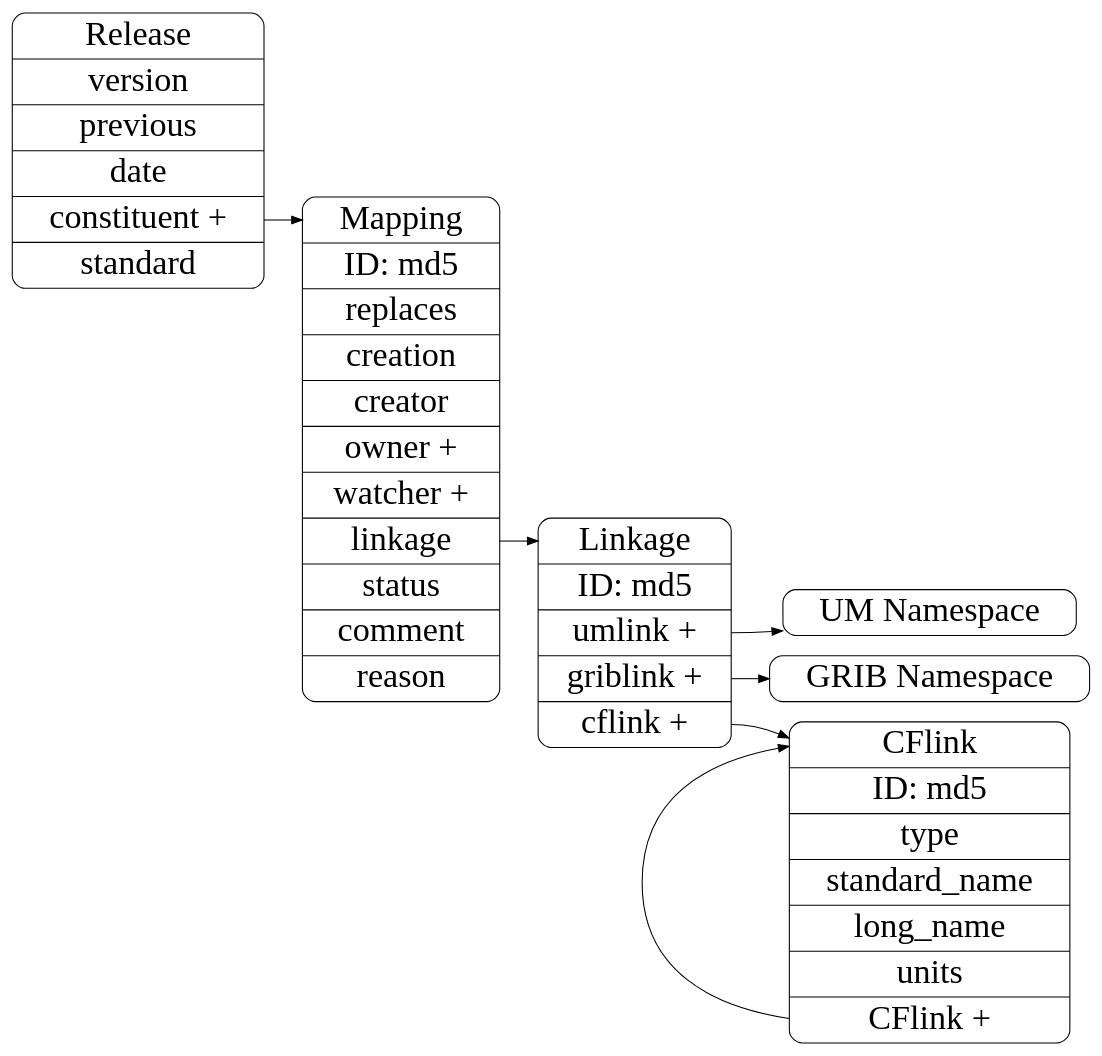
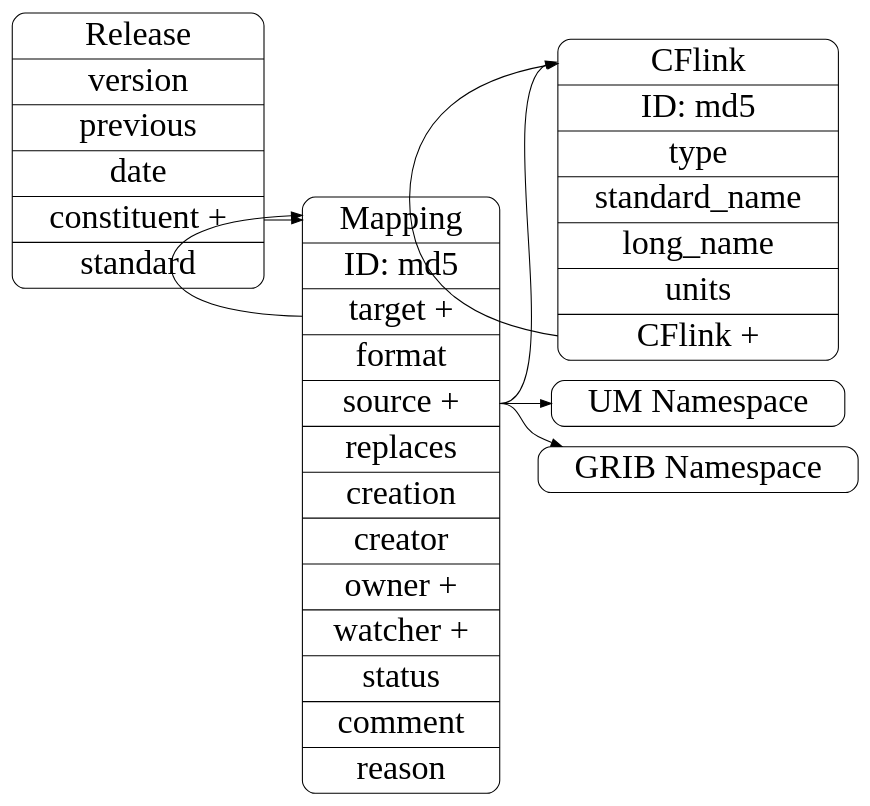
One commit to metarelate/metOcean-mapping changed the diagram in docs/source/developer/design/records.dot. Above: the diagram before and after it, drawn with Graphviz.

Commit message:
new mapping record design

```diff
--- a/docs/source/developer/design/records.dot
+++ b/docs/source/developer/design/records.dot
@@ -1,58 +1,58 @@
 digraph records {
 
 ## basic setup 
 
    	rankdir = LR;
         node [
         fontsize = 32,
         shape = Mrecord
         ];
 
         edge [
         fontsize = 24
         ];
 
 ## class definitions
 
    	cflink [
 	label = "<title> CFlink |ID: md5 |<type>type |<sn>standard_name |<ln>long_name |<units>units|<cflink>CFlink + "
 	];
 
-        linkage [
-	label = "<title> Linkage |ID: md5 |<umlink>umlink + |<griblink>griblink + |<cflink>cflink + "
-	];
 
 	mapping [
-	label = "<title> Mapping |ID: md5 |replaces |creation |creator |owner + |watcher + |<plink>linkage |status |comment |reason "
+	label = "<title> Mapping |ID: md5 |<target> target +|format |<source> source + |replaces |creation |creator |owner + |watcher + |status |comment |reason "
+
 	];
 
 	release [
 	label = "<title> Release |version|previous|date|<con>constituent + |standard"
 	];
 
 
 	um [
 	label = "UM Namespace"
 	];
 
 	grib [
 	label = "GRIB Namespace"
 	];
 
 
 
 ## relations
 
-	mapping:plink -> linkage:title;
 
 	release:con -> mapping:title
 
-	linkage:umlink -> um
+	mapping:source -> um
 
-	linkage:griblink -> grib
+	mapping:source -> grib
 
-	linkage:cflink -> cflink
+	mapping:source -> cflink:title
+
+	mapping:target -> mapping:title
+
 
 	cflink:cflink -> cflink:title 
 
 }
```
